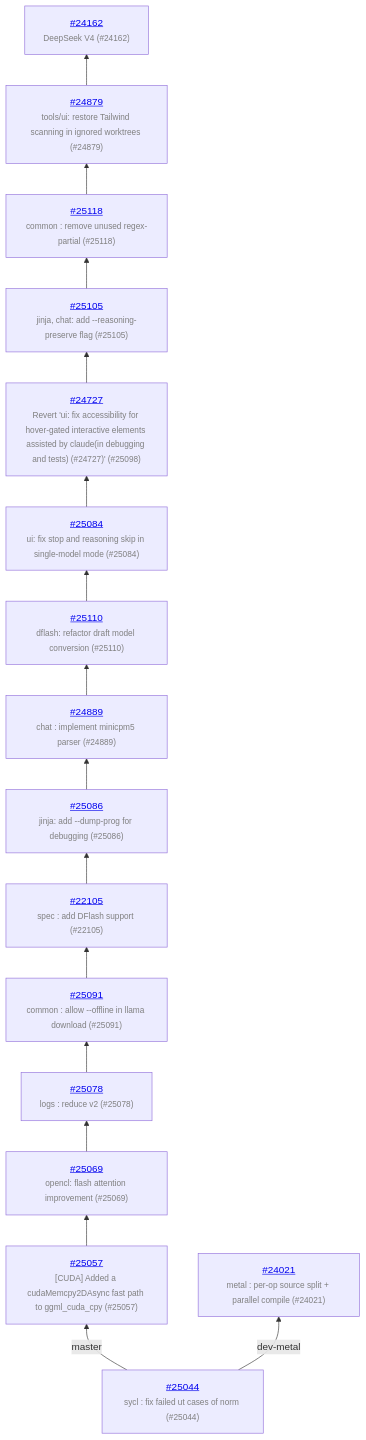
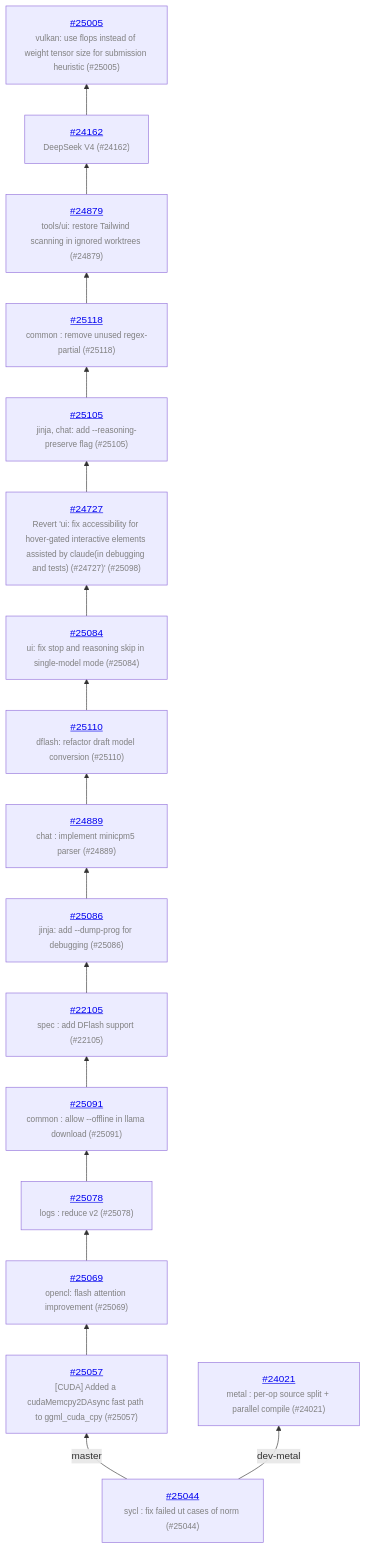
The diagram in README.md (ggml-org/llama.cpp-dev), drawn with Mermaid before and after one commit. The commit also changed other lines of this file and 1 other file, not shown here.

Commit message:
auto: update

````diff
--- a/README.md
+++ b/README.md
@@ -13,34 +13,36 @@
 ```mermaid
 graph BT
     COMMON["<a href='https://github.com/ggml-org/llama.cpp/pull/25044'>#25044</a><br/><span style='font-size:smaller;color:gray'>sycl : fix failed ut cases of norm (#25044)</span>"]
     COMMON -->|master| C_0ed235e
     C_0ed235e["<a href='https://github.com/ggml-org/llama.cpp/pull/25057'>#25057</a><br/><span style='font-size:smaller;color:gray'>[CUDA] Added a cudaMemcpy2DAsync fast path to ggml_cuda_cpy (#25057)</span>"]
     C_0ed235e --> C_ebd048f
     C_ebd048f["<a href='https://github.com/ggml-org/llama.cpp/pull/25069'>#25069</a><br/><span style='font-size:smaller;color:gray'>opencl: flash attention improvement (#25069)</span>"]
     C_ebd048f --> C_27c8bb4
     C_27c8bb4["<a href='https://github.com/ggml-org/llama.cpp/pull/25078'>#25078</a><br/><span style='font-size:smaller;color:gray'>logs : reduce v2 (#25078)</span>"]
     C_27c8bb4 --> C_c1a1c8e
     C_c1a1c8e["<a href='https://github.com/ggml-org/llama.cpp/pull/25091'>#25091</a><br/><span style='font-size:smaller;color:gray'>common : allow --offline in llama download (#25091)</span>"]
     C_c1a1c8e --> C_d1b3425
     C_d1b3425["<a href='https://github.com/ggml-org/llama.cpp/pull/22105'>#22105</a><br/><span style='font-size:smaller;color:gray'>spec : add DFlash support (#22105)</span>"]
     C_d1b3425 --> C_f68a788
     C_f68a788["<a href='https://github.com/ggml-org/llama.cpp/pull/25086'>#25086</a><br/><span style='font-size:smaller;color:gray'>jinja: add --dump-prog for debugging (#25086)</span>"]
     C_f68a788 --> C_c818263
     C_c818263["<a href='https://github.com/ggml-org/llama.cpp/pull/24889'>#24889</a><br/><span style='font-size:smaller;color:gray'>chat : implement minicpm5 parser (#24889)</span>"]
     C_c818263 --> C_fa72bc6
     C_fa72bc6["<a href='https://github.com/ggml-org/llama.cpp/pull/25110'>#25110</a><br/><span style='font-size:smaller;color:gray'>dflash: refactor draft model conversion (#25110)</span>"]
     C_fa72bc6 --> C_7cb8576
     C_7cb8576["<a href='https://github.com/ggml-org/llama.cpp/pull/25084'>#25084</a><br/><span style='font-size:smaller;color:gray'>ui: fix stop and reasoning skip in single-model mode (#25084)</span>"]
     C_7cb8576 --> C_dbdaece
     C_dbdaece["<a href='https://github.com/ggml-org/llama.cpp/pull/24727'>#24727</a><br/><span style='font-size:smaller;color:gray'>Revert 'ui: fix accessibility for hover-gated interactive elements assisted by claude(in debugging and tests) (#24727)' (#25098)</span>"]
     C_dbdaece --> C_b3fed31
     C_b3fed31["<a href='https://github.com/ggml-org/llama.cpp/pull/25105'>#25105</a><br/><span style='font-size:smaller;color:gray'>jinja, chat: add --reasoning-preserve flag (#25105)</span>"]
     C_b3fed31 --> C_277a105
     C_277a105["<a href='https://github.com/ggml-org/llama.cpp/pull/25118'>#25118</a><br/><span style='font-size:smaller;color:gray'>common : remove unused regex-partial (#25118)</span>"]
     C_277a105 --> C_6cb18b2
     C_6cb18b2["<a href='https://github.com/ggml-org/llama.cpp/pull/24879'>#24879</a><br/><span style='font-size:smaller;color:gray'>tools/ui: restore Tailwind scanning in ignored worktrees (#24879)</span>"]
     C_6cb18b2 --> C_8c146a8
     C_8c146a8["<a href='https://github.com/ggml-org/llama.cpp/pull/24162'>#24162</a><br/><span style='font-size:smaller;color:gray'>DeepSeek V4  (#24162)</span>"]
+    C_8c146a8 --> C_25a1d63
+    C_25a1d63["<a href='https://github.com/ggml-org/llama.cpp/pull/25005'>#25005</a><br/><span style='font-size:smaller;color:gray'>vulkan: use flops instead of weight tensor size for submission heuristic (#25005)</span>"]
     COMMON -->|dev-metal| C_f7c1df6
     C_f7c1df6["<a href='https://github.com/ggml-org/llama.cpp/pull/24021'>#24021</a><br/><span style='font-size:smaller;color:gray'>metal : per-op source split + parallel compile (#24021)</span>"]
 ```
````
